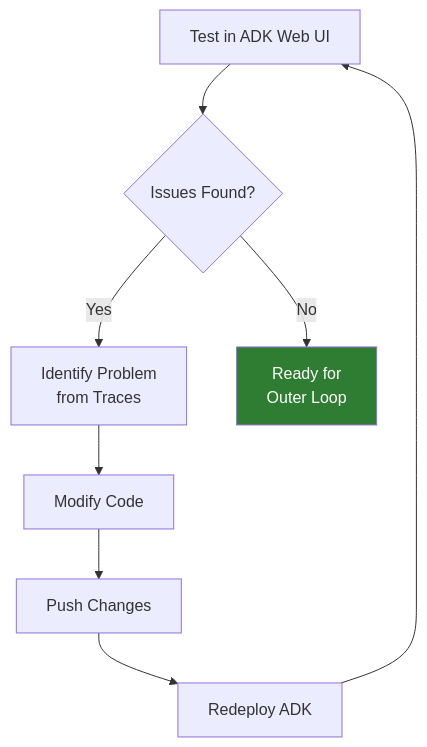
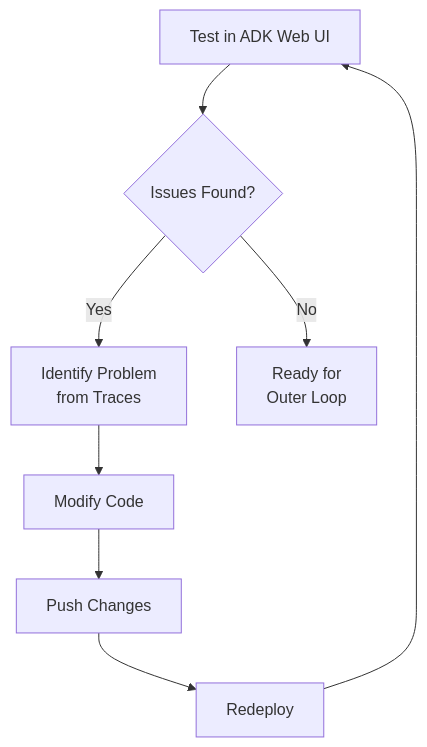
The diagram in docs/workshop/02-inner-loop/03-iterate-and-refine.md (rrbanda/agent-sandbox-ocp), drawn with Mermaid before and after one commit. The commit also changed other lines of this file and 118 other files, not shown here.

````diff
--- a/docs/workshop/02-inner-loop/03-iterate-and-refine.md
+++ b/docs/workshop/02-inner-loop/03-iterate-and-refine.md
@@ -131,12 +111,10 @@
 ```mermaid
 flowchart TD
     A["Test in ADK Web UI"] --> B{"Issues Found?"}
     B -->|Yes| C["Identify Problem<br/>from Traces"]
     C --> D["Modify Code"]
     D --> E["Push Changes"]
-    E --> F["Redeploy ADK"]
+    E --> F["Redeploy"]
     F --> A
     B -->|No| G["Ready for<br/>Outer Loop"]
-    
-    style G fill:#2E7D32,color:#FFFFFF
 ```
````
